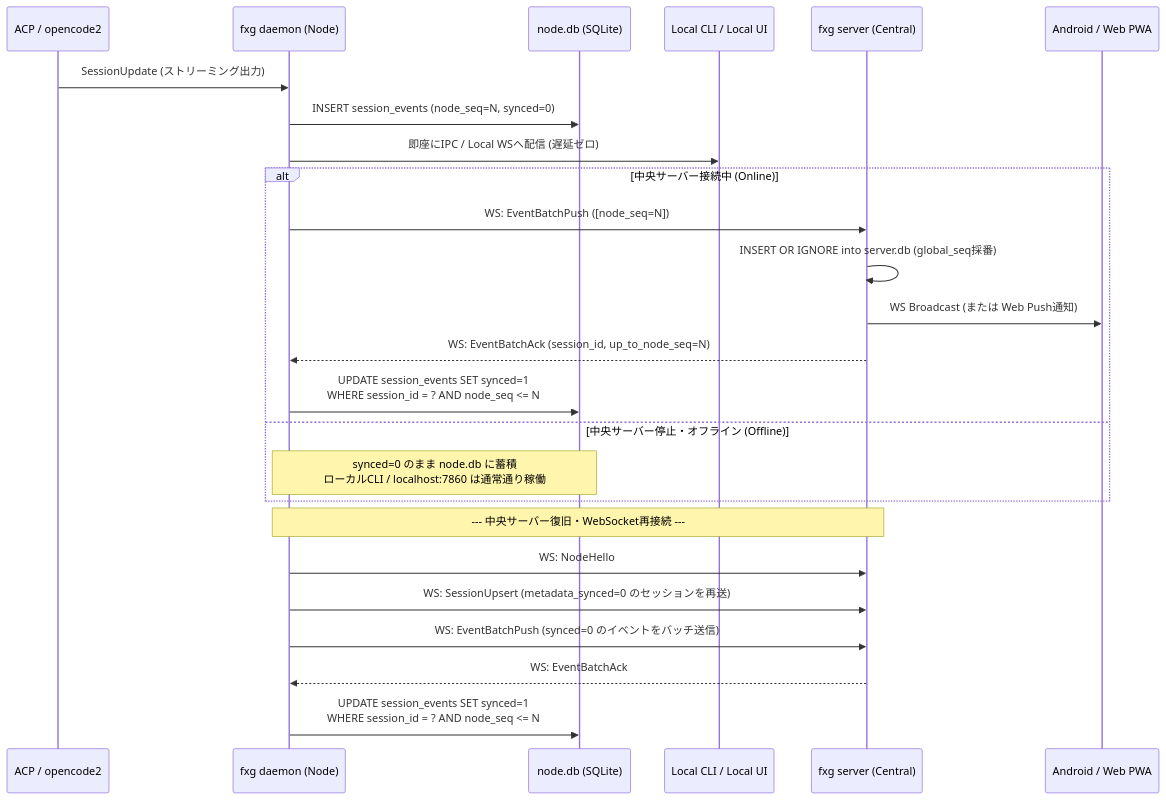
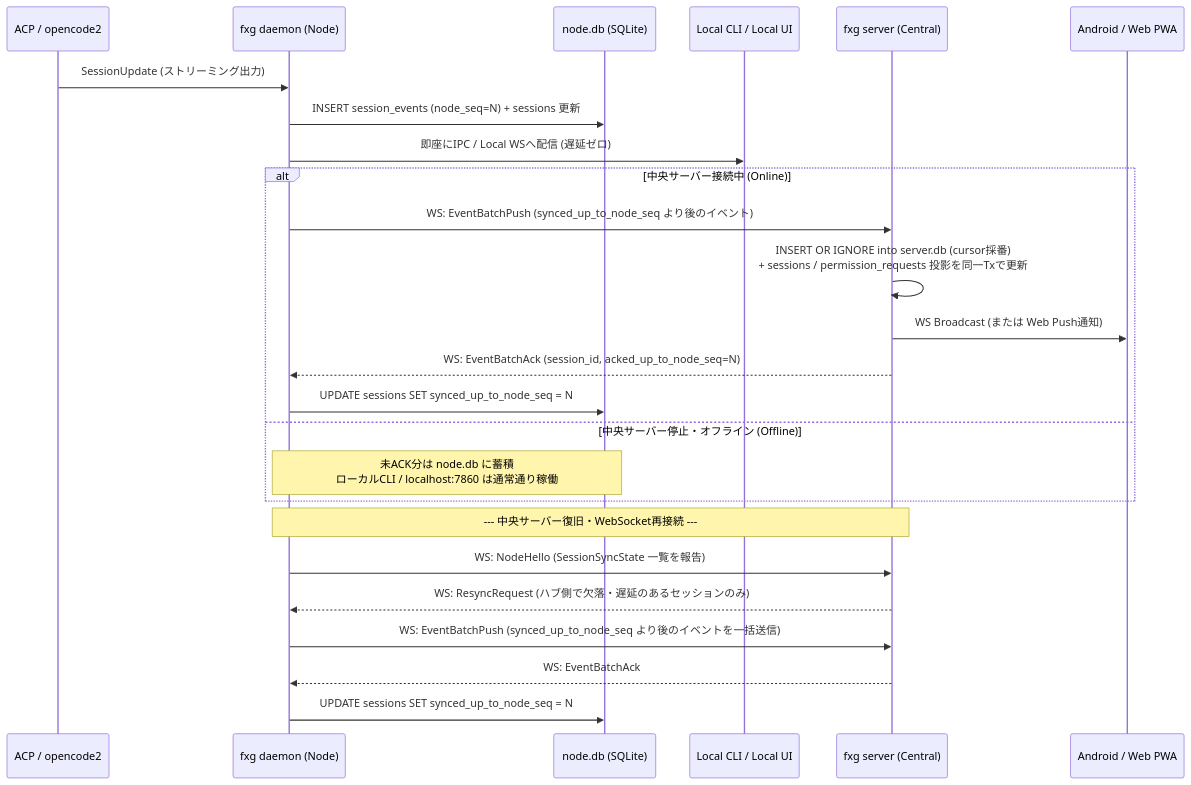
One commit to nazo6/flexagent changed the second of 3 diagrams in docs/01-architecture-and-sync.md. Above: the diagram before and after it, drawn with Mermaid. The commit also changed other lines of this file and 6 other files, not shown here.

````diff
--- a/docs/01-architecture-and-sync.md
+++ b/docs/01-architecture-and-sync.md
@@ -98,30 +121,30 @@
 ```mermaid
 sequenceDiagram
     participant Agent as ACP / opencode2
     participant Daemon as fxg daemon (Node)
     participant NodeDB as node.db (SQLite)
     participant LocalClient as Local CLI / Local UI
     participant Server as fxg server (Central)
     participant RemotePWA as Android / Web PWA
 
     Agent->>Daemon: SessionUpdate (ストリーミング出力)
-    Daemon->>NodeDB: INSERT session_events (node_seq=N, synced=0)
+    Daemon->>NodeDB: INSERT session_events (node_seq=N) + sessions 更新
     Daemon->>LocalClient: 即座にIPC / Local WSへ配信 (遅延ゼロ)
 
     alt 中央サーバー接続中 (Online)
-        Daemon->>Server: WS: EventBatchPush ([node_seq=N])
-        Server->>Server: INSERT OR IGNORE into server.db (global_seq採番)
+        Daemon->>Server: WS: EventBatchPush (synced_up_to_node_seq より後のイベント)
+        Server->>Server: INSERT OR IGNORE into server.db (cursor採番)<br/>+ sessions / permission_requests 投影を同一Txで更新
         Server->>RemotePWA: WS Broadcast (または Web Push通知)
-        Server-->>Daemon: WS: EventBatchAck (session_id, up_to_node_seq=N)
-        Daemon->>NodeDB: UPDATE session_events SET synced=1<br/>WHERE session_id = ? AND node_seq <= N
+        Server-->>Daemon: WS: EventBatchAck (session_id, acked_up_to_node_seq=N)
+        Daemon->>NodeDB: UPDATE sessions SET synced_up_to_node_seq = N
     else 中央サーバー停止・オフライン (Offline)
-        Note over Daemon,NodeDB: synced=0 のまま node.db に蓄積<br/>ローカルCLI / localhost:7860 は通常通り稼働
+        Note over Daemon,NodeDB: 未ACK分は node.db に蓄積<br/>ローカルCLI / localhost:7860 は通常通り稼働
     end
 
     Note over Daemon,Server: --- 中央サーバー復旧・WebSocket再接続 ---
-    Daemon->>Server: WS: NodeHello
-    Daemon->>Server: WS: SessionUpsert (metadata_synced=0 のセッションを再送)
-    Daemon->>Server: WS: EventBatchPush (synced=0 のイベントをバッチ送信)
+    Daemon->>Server: WS: NodeHello (SessionSyncState 一覧を報告)
+    Server-->>Daemon: WS: ResyncRequest (ハブ側で欠落・遅延のあるセッションのみ)
+    Daemon->>Server: WS: EventBatchPush (synced_up_to_node_seq より後のイベントを一括送信)
     Server-->>Daemon: WS: EventBatchAck
-    Daemon->>NodeDB: UPDATE session_events SET synced=1<br/>WHERE session_id = ? AND node_seq <= N
+    Daemon->>NodeDB: UPDATE sessions SET synced_up_to_node_seq = N
 ```
````
